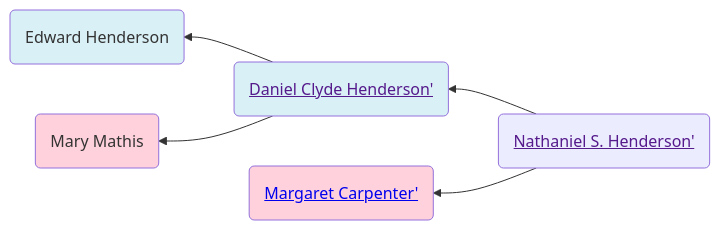
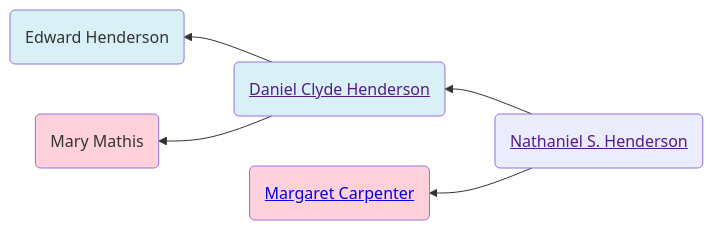
One commit to neelsmith/avocational changed the first of 2 diagrams in familyhistory/sources/people/Henderson-line/Nathaniel_S._Henderson.qmd. Above: the diagram before and after it, drawn with Mermaid. The commit also changed other lines of this file and 96 other files, not shown here.

````diff
--- a/familyhistory/sources/people/Henderson-line/Nathaniel_S._Henderson.qmd
+++ b/familyhistory/sources/people/Henderson-line/Nathaniel_S._Henderson.qmd
@@ -26,16 +26,16 @@
 ```{mermaid}
 graph RL
 %% RL ancestor diagram
-Nathaniel_S._Henderson(<a href=''>Nathaniel S. Henderson'</>) -->  Daniel_Clyde_Henderson(<a href='./Daniel_Clyde_Henderson.html'>Daniel Clyde Henderson'</>)
-Daniel_Clyde_Henderson(<a href=''>Daniel Clyde Henderson'</>) -->  Edward_Henderson(Edward Henderson)
+Nathaniel_S._Henderson(<a href=''>Nathaniel S. Henderson</a>) -->  Daniel_Clyde_Henderson(<a href='./Daniel_Clyde_Henderson.html'>Daniel Clyde Henderson</a>)
+Daniel_Clyde_Henderson(<a href=''>Daniel Clyde Henderson</a>) -->  Edward_Henderson(Edward Henderson)
 class Edward_Henderson father
-Daniel_Clyde_Henderson(<a href=''>Daniel Clyde Henderson'</>)  --> Mary_Mathis(Mary Mathis)
+Daniel_Clyde_Henderson(<a href=''>Daniel Clyde Henderson</a>)  --> Mary_Mathis(Mary Mathis)
 class Mary_Mathis mother
 class Daniel_Clyde_Henderson father
-Nathaniel_S._Henderson(<a href=''>Nathaniel S. Henderson'</>)  --> Margaret_Carpenter(<a href='./Carpenter-line/Margaret_Carpenter.html'>Margaret Carpenter'</>)
+Nathaniel_S._Henderson(<a href=''>Nathaniel S. Henderson</a>)  --> Margaret_Carpenter(<a href='./Carpenter-line/Margaret_Carpenter.html'>Margaret Carpenter</a>)
 class Margaret_Carpenter mother
 classDef mother fill:#ffd1dc
 classDef father fill:#daf0f7  
 classDef marriage fill:#ffffff
 
 ```
````
